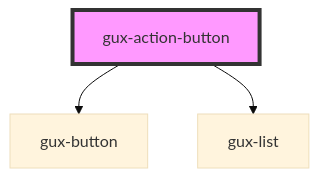
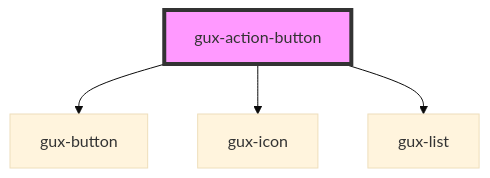
The diagram in src/components/gux-action-button/readme.md (MyPureCloud/genesys-spark), drawn with Mermaid (base theme) before and after one commit. The commit also changed other lines of this file and 79 other files, not shown here.

````diff
--- a/src/components/gux-action-button/readme.md
+++ b/src/components/gux-action-button/readme.md
@@ -43,6 +44,7 @@
 ```mermaid
 graph TD;
   gux-action-button --> gux-button
+  gux-action-button --> gux-icon
   gux-action-button --> gux-list
   style gux-action-button fill:#f9f,stroke:#333,stroke-width:4px
 ```
````
